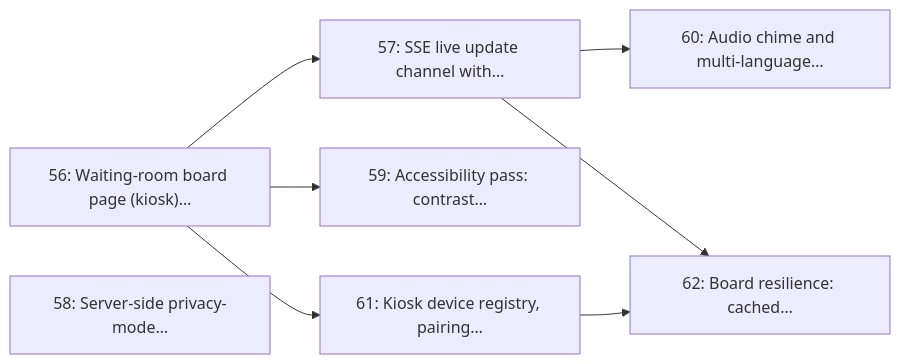
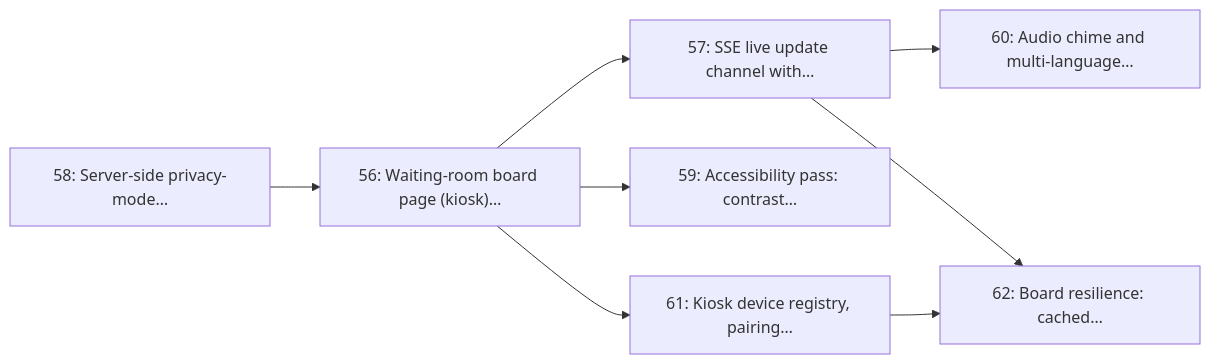
The diagram in docs/GITHUB/MILESTONES/M8_display_monitor.md (Billykat7/clinicQ), drawn with Mermaid before and after one commit. The commit also changed other lines of this file and 29 other files, not shown here.

````diff
--- a/docs/GITHUB/MILESTONES/M8_display_monitor.md
+++ b/docs/GITHUB/MILESTONES/M8_display_monitor.md
@@ -64,16 +64,17 @@
 ```mermaid
 flowchart LR
     I56["56: Waiting-room board page (kiosk)…"]
     I57["57: SSE live update channel with…"]
     I58["58: Server-side privacy-mode…"]
     I59["59: Accessibility pass: contrast…"]
     I60["60: Audio chime and multi-language…"]
     I61["61: Kiosk device registry, pairing…"]
     I62["62: Board resilience: cached…"]
+    I58 --> I56
     I56 --> I57
     I56 --> I59
     I57 --> I60
     I56 --> I61
     I57 --> I62
     I61 --> I62
 ```
````
